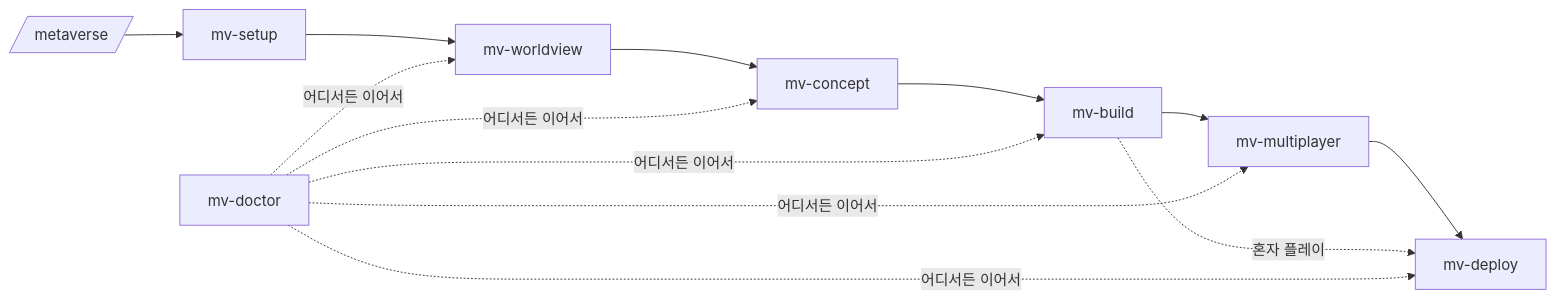
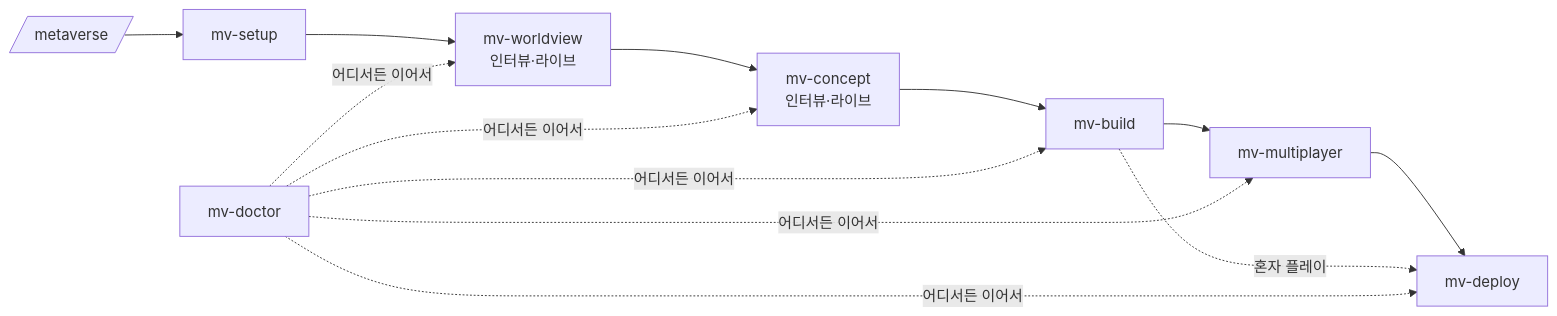
One commit to workromancer/ttalgakverse changed the diagram in README.md. Above: the diagram before and after it, drawn with Mermaid. The commit also changed other lines of this file and 25 other files, not shown here.

First line of the commit message:
feat: 딸각verse — 인터뷰 기반 라이브 세계관·컨셉 시안, 항상 켜진 비밀 정보 검사, 한/영 설명서

````diff
--- a/README.md
+++ b/README.md
@@ -33,6 +44,6 @@
 ```mermaid
 flowchart LR
-  A[/metaverse/] --> B[mv-setup] --> C[mv-worldview] --> D[mv-concept] --> E[mv-build] --> F[mv-multiplayer] --> G[mv-deploy]
+  A[/metaverse/] --> B[mv-setup] --> C[mv-worldview<br/>인터뷰·라이브] --> D[mv-concept<br/>인터뷰·라이브] --> E[mv-build] --> F[mv-multiplayer] --> G[mv-deploy]
   E -. 혼자 플레이 .-> G
   H[mv-doctor] -. 어디서든 이어서 .-> C & D & E & F & G
 ```
````
